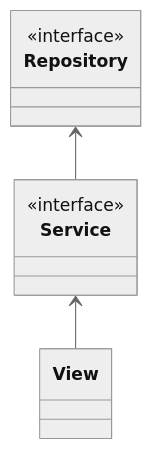
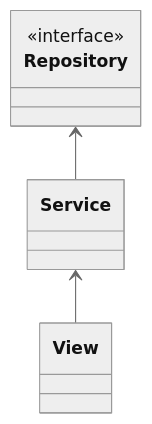
One commit to cs3217-2223/group-project-sotravel changed the diagram in Sotravel/docs/diagrams/sprint-1-report/generic-3-layer.mmd. Above: the diagram before and after it, drawn with Mermaid (neutral theme). The commit also changed 9 other files, not shown here.

Commit message:
Update diagrams

```diff
--- a/Sotravel/docs/diagrams/sprint-1-report/generic-3-layer.mmd
+++ b/Sotravel/docs/diagrams/sprint-1-report/generic-3-layer.mmd
@@ -1,12 +1,11 @@
 classDiagram
     direction BT
     Service --> Repository
     View --> Service
 
     class Repository {
         <<interface>>
     }
-    
-    class Service {
-        <<interface>>
+
+    class Service {    
     }
```
